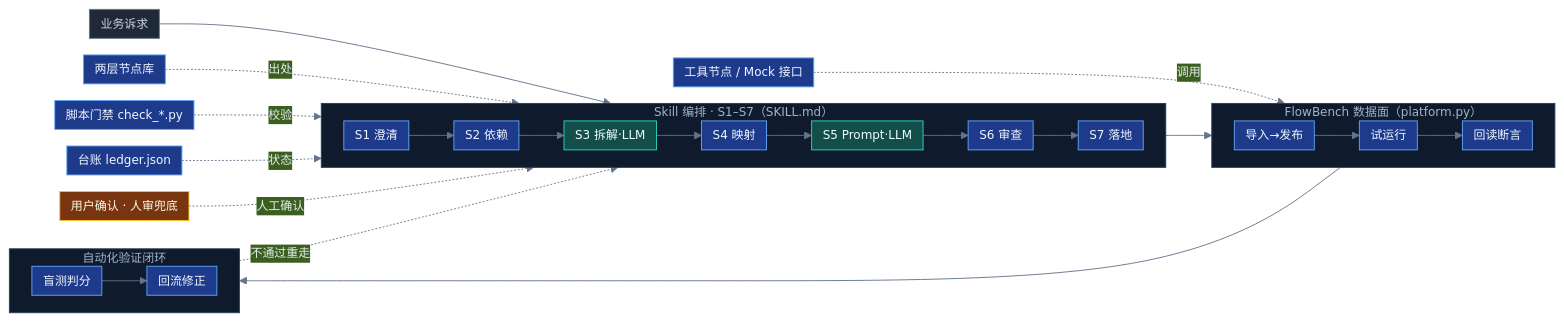
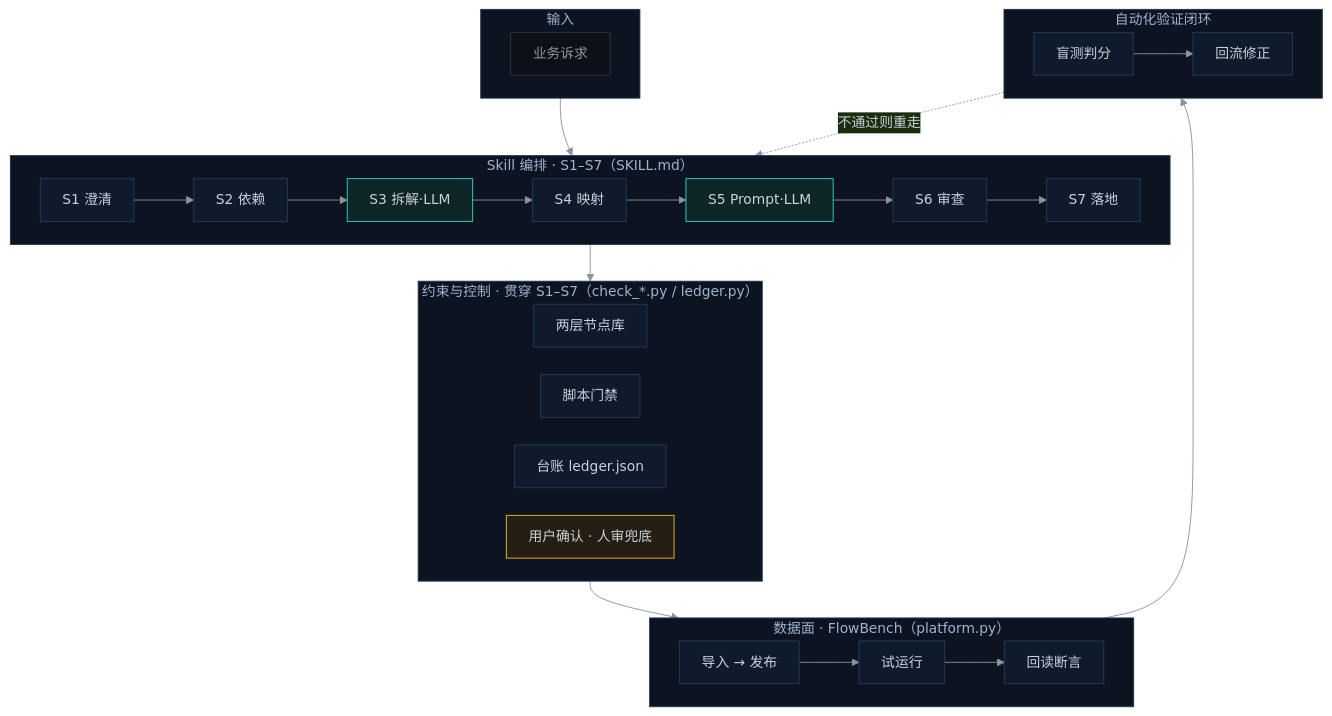
The first of 2 diagrams in README.md (mumudecrance-ship-it/ai-agent-portfolio), drawn with Mermaid before and after one commit. The commit also changed other lines of this file, not shown here.

Commit message:
架构图精修：横向分层布局 + 15px 可读字号 + 统一低饱和配色（细边框、少量强调色）

````diff
--- a/README.md
+++ b/README.md
@@ -87,35 +87,42 @@
 ```mermaid
-%%{init: {'theme': 'base', 'themeVariables': {'backgroundColor': '#0a1120', 'primaryColor': '#1e3a5f', 'primaryTextColor': '#e6edf3', 'primaryBorderColor': '#3b82f6', 'lineColor': '#64748b', 'fontSize': '13px', 'clusterBkg': '#0f1b2d', 'clusterBorder': '#2a3a55', 'titleColor': '#9fb3cc'}, 'flowchart': {'nodeSpacing': 18, 'rankSpacing': 24, 'padding': 6}}}%%
-flowchart LR
-    REQ["业务诉求"]:::in --> S1
+%%{init: {'theme': 'base', 'themeVariables': {'backgroundColor': '#0a1120', 'primaryColor': '#0f1b2d', 'primaryTextColor': '#c9d1d9', 'primaryBorderColor': '#2a3a55', 'lineColor': '#8b949e', 'fontSize': '15px', 'clusterBkg': '#0c1422', 'clusterBorder': '#24344d', 'titleColor': '#9fb3cc'}, 'flowchart': {'nodeSpacing': 30, 'rankSpacing': 40, 'padding': 12}}}%%
+flowchart TB
+    subgraph IN["输入"]
+        direction LR
+        REQ["业务诉求"]:::in
+    end
 
     subgraph SKILL["Skill 编排 · S1–S7（SKILL.md）"]
         direction LR
-        S1["S1 澄清"]:::det --> S2["S2 依赖"]:::det --> S3["S3 拆解·LLM"]:::ai --> S4["S4 映射"]:::det --> S5["S5 Prompt·LLM"]:::ai --> S6["S6 审查"]:::det --> S7["S7 落地"]:::det
+        S1["S1 澄清"]:::base --> S2["S2 依赖"]:::base --> S3["S3 拆解·LLM"]:::ai --> S4["S4 映射"]:::base --> S5["S5 Prompt·LLM"]:::ai --> S6["S6 审查"]:::base --> S7["S7 落地"]:::base
     end
 
-    subgraph FLOW["FlowBench 数据面（platform.py）"]
+    subgraph CTRL["约束与控制 · 贯穿 S1–S7（check_*.py / ledger.py）"]
         direction LR
-        DEPLOY["导入→发布"]:::det --> EXEC["试运行"]:::det --> RB["回读断言"]:::det
+        LIB["两层节点库"]:::base
+        GATE["脚本门禁"]:::base
+        LEDGER["台账 ledger.json"]:::base
+        HUMAN["用户确认 · 人审兜底"]:::human
+    end
+
+    subgraph FLOW["数据面 · FlowBench（platform.py）"]
+        direction LR
+        DEPLOY["导入 → 发布"]:::base --> EXEC["试运行"]:::base --> RB["回读断言"]:::base
     end
 
     subgraph LOOP["自动化验证闭环"]
         direction LR
-        BLIND["盲测判分"]:::det --> FIX["回流修正"]:::det
+        BLIND["盲测判分"]:::base --> FIX["回流修正"]:::base
     end
 
-    LIB["两层节点库"]:::det -.->|出处| S4
-    GATE["脚本门禁 check_*.py"]:::det -.->|校验| S3
-    LEDGER["台账 ledger.json"]:::det -.->|状态| S6
-    TOOLS["工具节点 / Mock 接口"]:::det -.->|调用| EXEC
-    HUMAN["用户确认 · 人审兜底"]:::human -.->|人工确认| S2
+    IN --> SKILL
+    SKILL --> CTRL
+    CTRL --> FLOW
+    FLOW --> LOOP
+    LOOP -.->|不通过则重走| SKILL
 
-    S7 --> DEPLOY
-    RB --> BLIND
-    FIX -.->|不通过重走| S3
-
-    classDef in fill:#1f2937,stroke:#64748b,color:#cbd5e1;
-    classDef ai fill:#134e4a,stroke:#2dd4bf,color:#ecfeff;
-    classDef det fill:#1e3a8a,stroke:#60a5fa,color:#eff6ff;
-    classDef human fill:#78350f,stroke:#fbbf24,color:#fffbeb;
+    classDef base fill:#0f1b2d,stroke:#2a3a55,color:#c9d1d9;
+    classDef in fill:#0d1117,stroke:#30363d,color:#8b949e;
+    classDef ai fill:#0f2627,stroke:#2dd4bf,color:#c9d1d9;
+    classDef human fill:#251f13,stroke:#f0b429,color:#c9d1d9;
 ```
````
